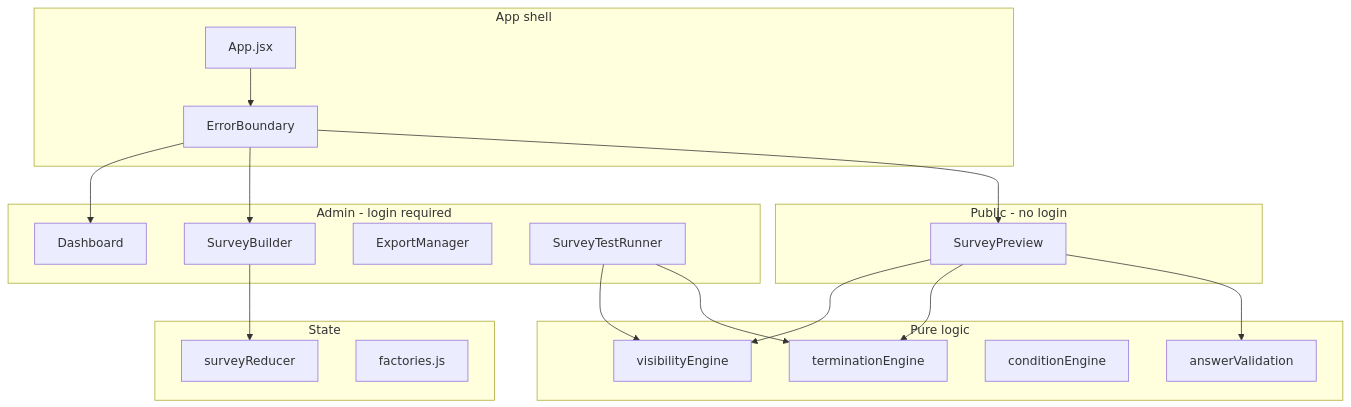
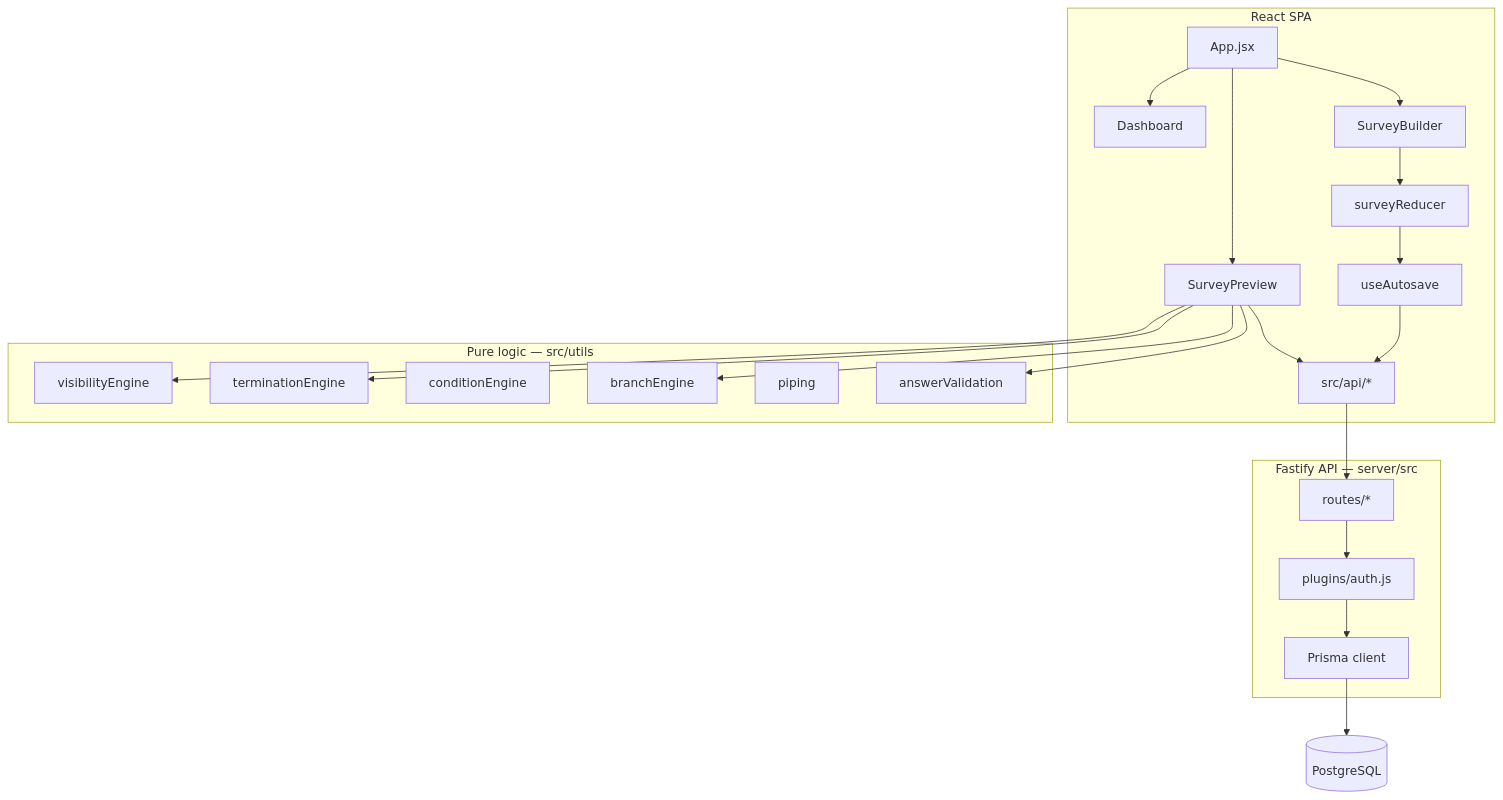
One commit to Vitomirov/SurveyForge changed the diagram in README.md. Above: the diagram before and after it, drawn with Mermaid. The commit also changed other lines of this file, not shown here.

````diff
--- a/README.md
+++ b/README.md
@@ -97,41 +39,37 @@
 ```mermaid
 flowchart TB
-  subgraph app [App shell]
+  subgraph client [React SPA]
     App[App.jsx]
-    EB[ErrorBoundary]
+    Dashboard[Dashboard]
+    Builder[SurveyBuilder]
+    Preview[SurveyPreview]
+    Reducer[surveyReducer]
+    Autosave[useAutosave]
+    ApiLayer[src/api/*]
   end
 
-  subgraph admin [Admin - login required]
-    Dashboard[Dashboard]
-    Builder[SurveyBuilder]
-    Export[ExportManager]
-    TestRunner[SurveyTestRunner]
-  end
-
-  subgraph public [Public - no login]
-    Preview[SurveyPreview]
-  end
-
-  subgraph store [State]
-    Reducer[surveyReducer]
-    Factories[factories.js]
-  end
-
-  subgraph engines [Pure logic]
+  subgraph engines [Pure logic — src/utils]
     Visibility[visibilityEngine]
     Termination[terminationEngine]
     Conditions[conditionEngine]
+    Branch[branchEngine]
+    Piping[piping]
     Validation[answerValidation]
   end
 
-  App --> EB
-  EB --> Dashboard
-  EB --> Builder
-  EB --> Preview
-  Builder --> Reducer
-  Preview --> Visibility
-  Preview --> Termination
-  Preview --> Validation
-  TestRunner --> Visibility
-  TestRunner --> Termination
+  subgraph server [Fastify API — server/src]
+    Auth[plugins/auth.js]
+    Routes[routes/*]
+    Prisma[Prisma client]
+  end
+
+  DB[(PostgreSQL)]
+
+  App --> Dashboard & Builder & Preview
+  Builder --> Reducer --> Autosave
+  Preview --> Visibility & Termination & Branch & Validation
+  Autosave --> ApiLayer
+  ApiLayer --> Routes
+  Routes --> Auth --> Prisma --> DB
+  Preview --> ApiLayer
 ```
````
